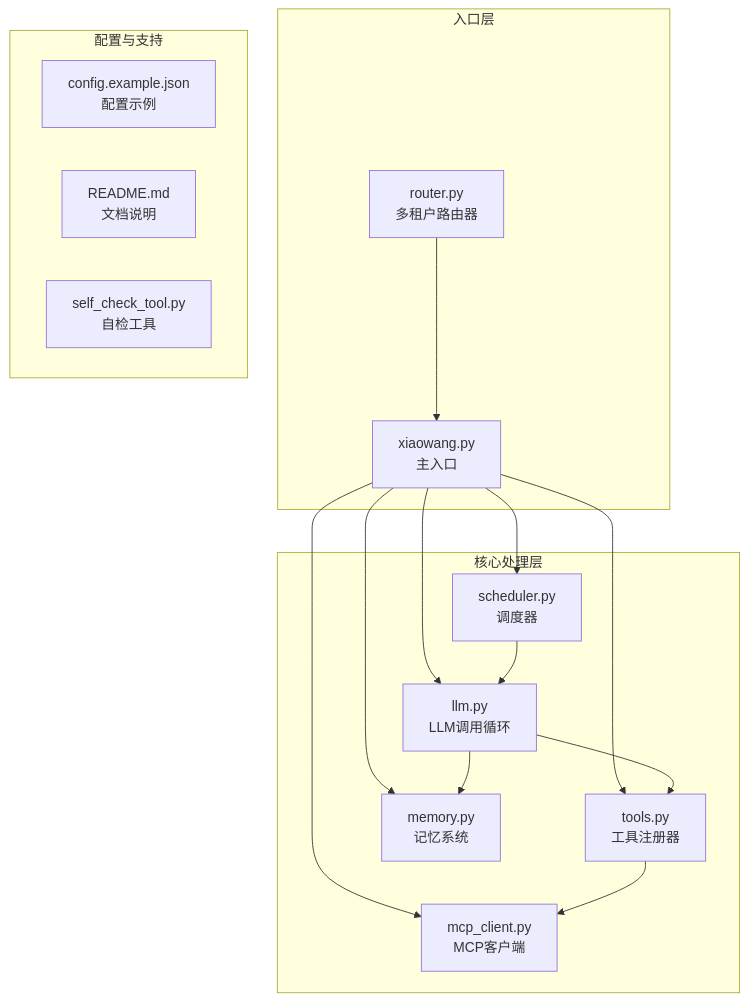
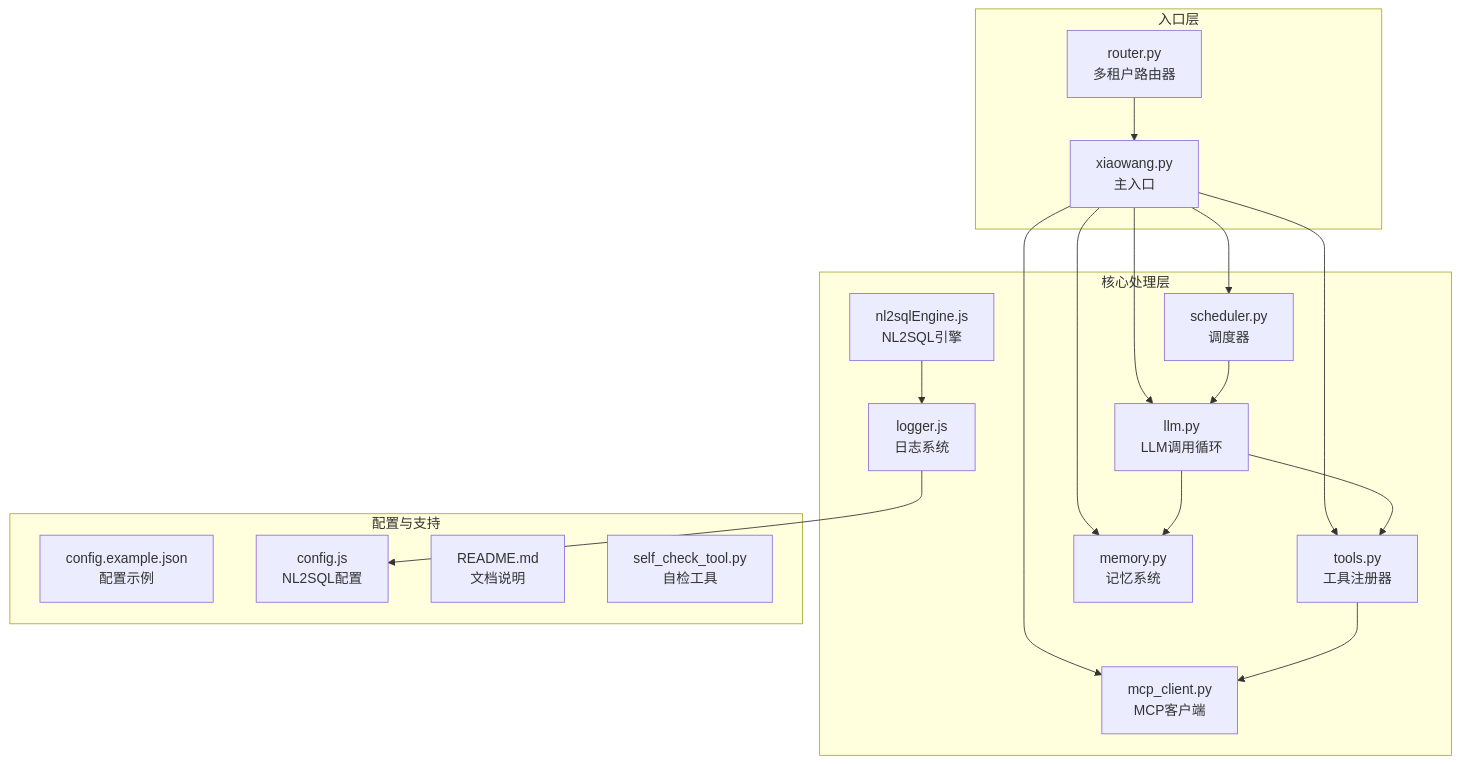
One commit to HanHuiOnLine/724-office changed the first of 10 diagrams in .qoder/repowiki/zh/content/部署与运维/监控与日志.md. Above: the diagram before and after it, drawn with Mermaid. The commit also changed other lines of this file and 10 other files, not shown here.

````diff
--- a/.qoder/repowiki/zh/content/部署与运维/监控与日志.md
+++ b/.qoder/repowiki/zh/content/部署与运维/监控与日志.md
@@ -39,29 +51,34 @@
 ```mermaid
 graph TB
 subgraph "入口层"
 XW[xiaowang.py<br/>主入口]
 RT[router.py<br/>多租户路由器]
 end
 subgraph "核心处理层"
 LLM[llm.py<br/>LLM调用循环]
 TM[tools.py<br/>工具注册器]
 MEM[memory.py<br/>记忆系统]
 SCH[scheduler.py<br/>调度器]
 MCP[mcp_client.py<br/>MCP客户端]
+NL2SQL[nl2sqlEngine.js<br/>NL2SQL引擎]
+LOGGER[logger.js<br/>日志系统]
 end
 subgraph "配置与支持"
 CFG[config.example.json<br/>配置示例]
+NLCFG[config.js<br/>NL2SQL配置]
 DOC[README.md<br/>文档说明]
 SC[self_check_tool.py<br/>自检工具]
 end
 XW --> LLM
 XW --> TM
 XW --> MEM
 XW --> SCH
 XW --> MCP
 RT --> XW
 LLM --> TM
 LLM --> MEM
 TM --> MCP
 SCH --> LLM
+NL2SQL --> LOGGER
+LOGGER --> NLCFG
 ```
````
